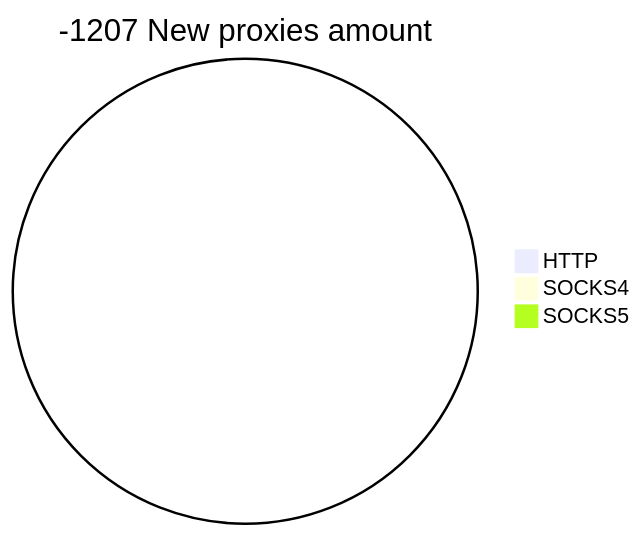
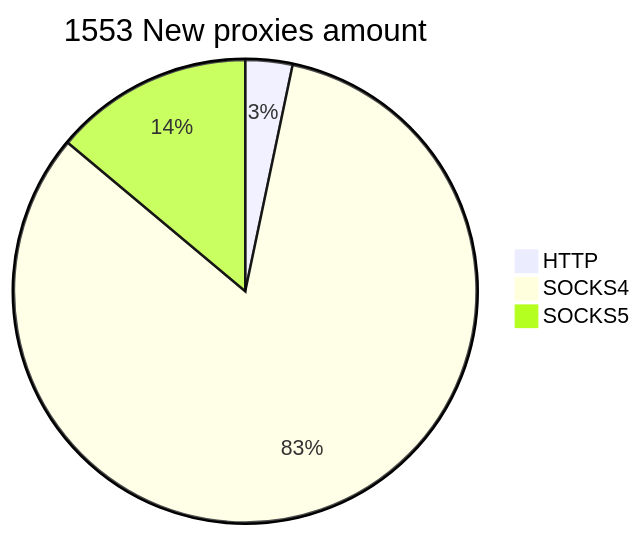
Before and after one commit to cutipu/proxylist: the second of 2 diagrams in README.md, drawn with Mermaid. The commit also changed other lines of this file, not shown here.

````diff
--- a/README.md
+++ b/README.md
@@ -10,6 +10,6 @@
 ```mermaid
-pie title -1207 New proxies amount
-    "HTTP" : 0
-    "SOCKS4" : 0
-    "SOCKS5" : 0
+pie title 1553 New proxies amount
+    "HTTP" : 51
+    "SOCKS4" : 1286
+    "SOCKS5" : 216
 ```
````
